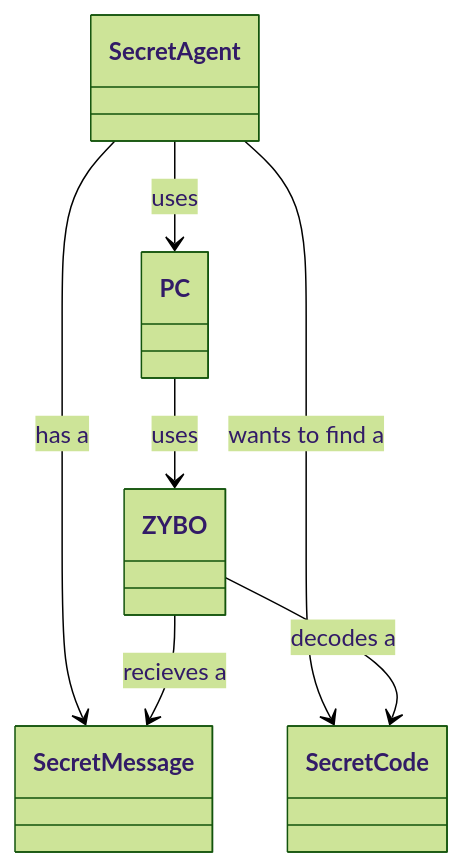
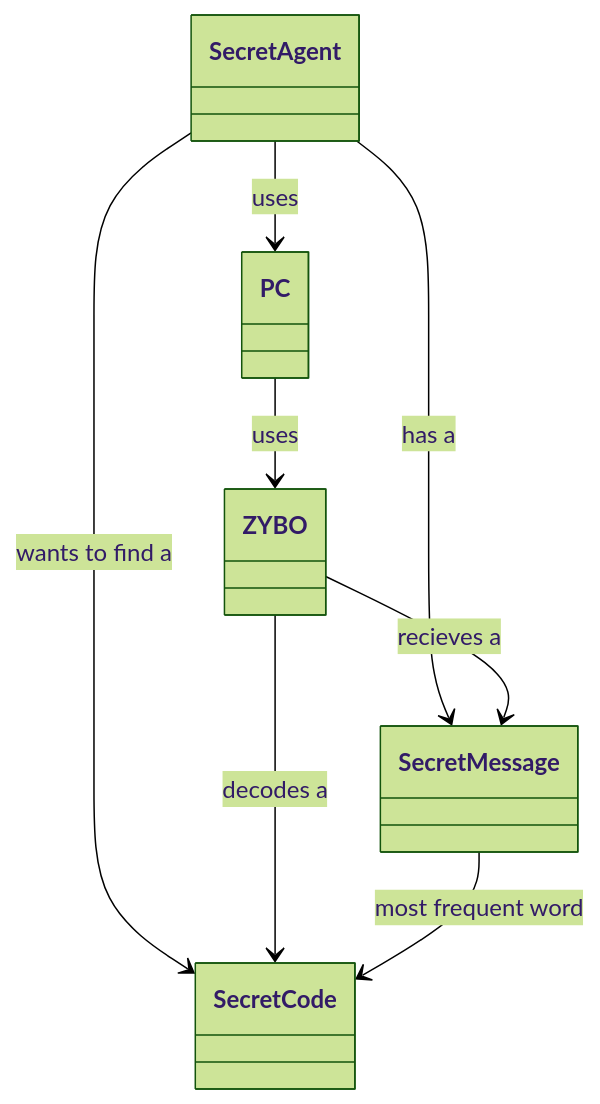
Before and after one commit to Junale/erts-a1: the diagram in exam-project/domain-model.mmd, drawn with Mermaid (forest theme).

Commit message:
refactor domain model diagram by removing unnecessary lines and adding relationship details

```diff
--- a/exam-project/domain-model.mmd
+++ b/exam-project/domain-model.mmd
@@ -1,17 +1,17 @@
-
-
 classDiagram
     class SecretMessage
     class SecretCode
     class SecretAgent
     class PC
     class ZYBO
 
     SecretAgent --> SecretMessage : has a
     SecretAgent --> SecretCode : wants to find a 
     SecretAgent --> PC : uses
 
     PC --> ZYBO : uses
 
     ZYBO --> SecretMessage : recieves a
     ZYBO --> SecretCode : decodes a
+
+    SecretMessage --> SecretCode : most frequent word
```
